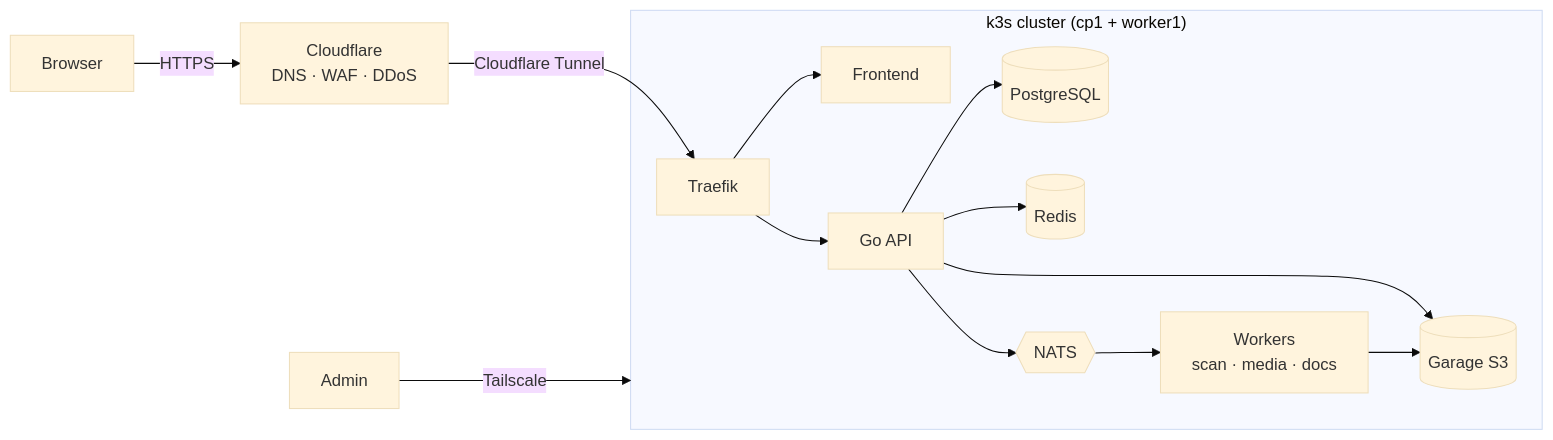
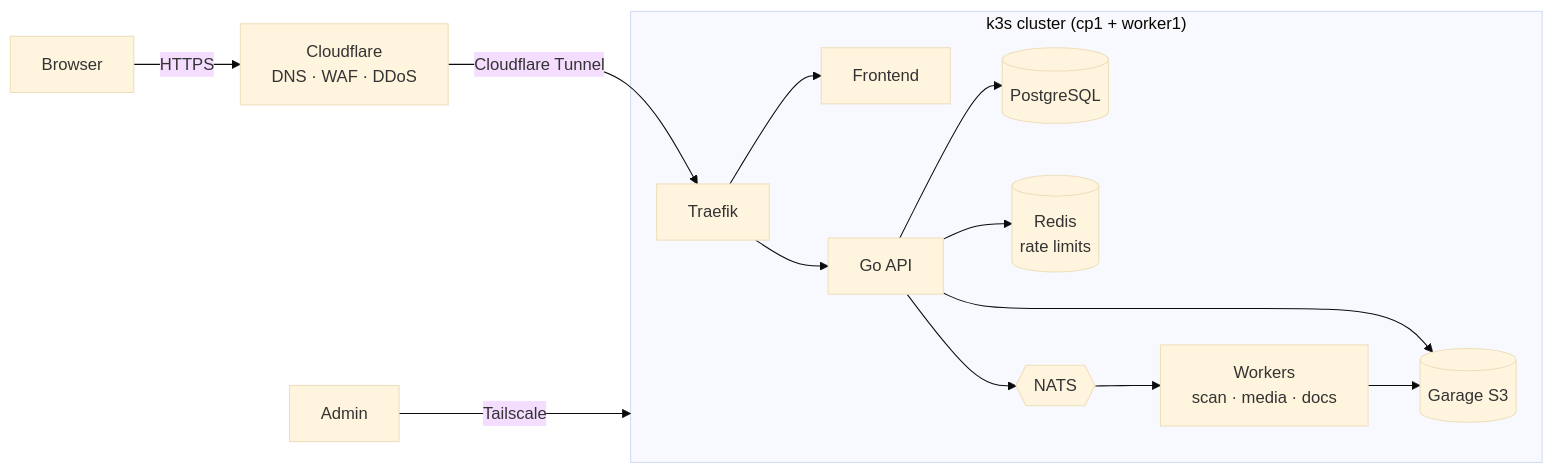
Before and after one commit to moheddine-belhaj/myCloud: the diagram in README.md, drawn with Mermaid (base theme). The commit also changed other lines of this file and 2 other files, not shown here.

Commit message:
feat(redis): document Redis setup for rate limiting and access control

````diff
--- a/README.md
+++ b/README.md
@@ -39,16 +42,16 @@
 ```mermaid
 flowchart LR
     U[Browser] -->|HTTPS| CF[Cloudflare<br/>DNS · WAF · DDoS]
     CF -->|Cloudflare Tunnel| T[Traefik]
     subgraph k3s["k3s cluster (cp1 + worker1)"]
         T --> FE[Frontend]
         T --> API[Go API]
         API --> PG[(PostgreSQL)]
         API --> S3[(Garage S3)]
-        API --> R[(Redis)]
+        API --> R[(Redis<br/>rate limits)]
         API --> N{{NATS}}
         N --> W[Workers<br/>scan · media · docs]
         W --> S3
     end
     ADMIN[Admin] -->|Tailscale| k3s
 ```
````
